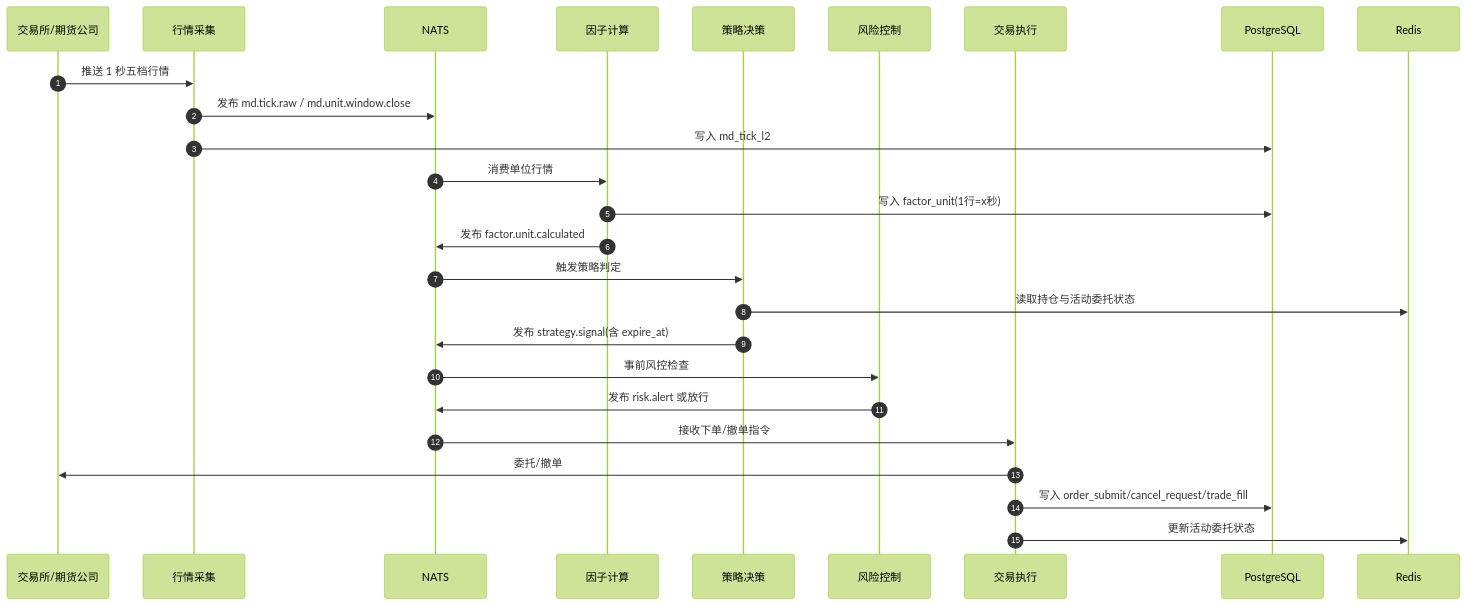
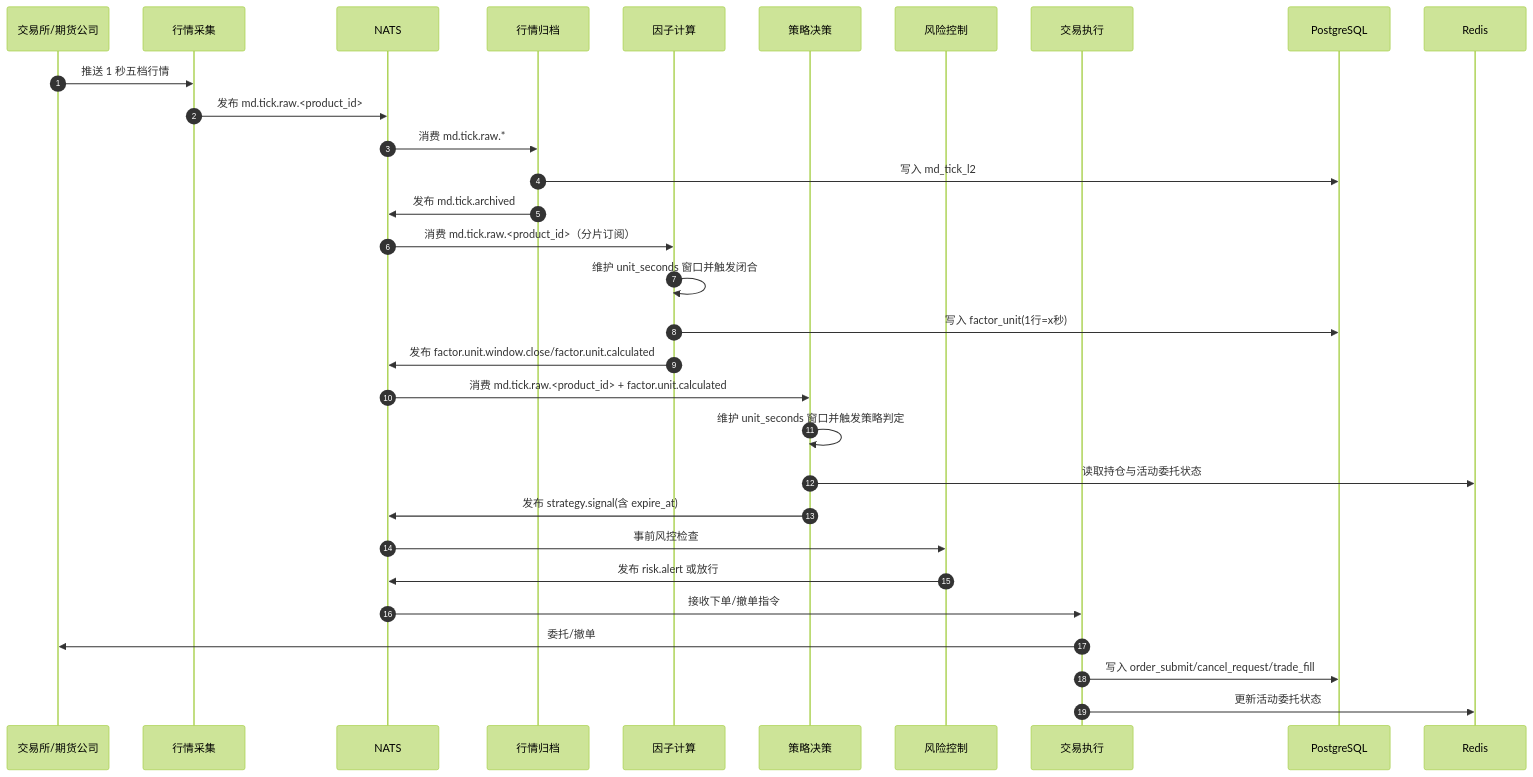
Before and after one commit to lancewliang/vnpy_hft: the second of 3 diagrams in docs/requirements/03_technical_architecture_diagram.md, drawn with Mermaid (forest theme). The commit also changed other lines of this file and 3 other files, not shown here.

````diff
--- a/docs/requirements/03_technical_architecture_diagram.md
+++ b/docs/requirements/03_technical_architecture_diagram.md
@@ -71,33 +73,38 @@
 ```mermaid
 sequenceDiagram
     autonumber
     participant EX as 交易所/期货公司
     participant MC as 行情采集
     participant MQ as NATS
+    participant MA as 行情归档
     participant FE as 因子计算
     participant SE as 策略决策
     participant RS as 风险控制
     participant OMS as 交易执行
     participant PG as PostgreSQL
     participant RD as Redis
 
     EX->>MC: 推送 1 秒五档行情
-    MC->>MQ: 发布 md.tick.raw / md.unit.window.close
-    MC->>PG: 写入 md_tick_l2
+    MC->>MQ: 发布 md.tick.raw.<product_id>
+    MQ->>MA: 消费 md.tick.raw.*
+    MA->>PG: 写入 md_tick_l2
+    MA->>MQ: 发布 md.tick.archived
 
-    MQ->>FE: 消费单位行情
+    MQ->>FE: 消费 md.tick.raw.<product_id>（分片订阅）
+    FE->>FE: 维护 unit_seconds 窗口并触发闭合
     FE->>PG: 写入 factor_unit(1行=x秒)
-    FE->>MQ: 发布 factor.unit.calculated
+    FE->>MQ: 发布 factor.unit.window.close/factor.unit.calculated
 
-    MQ->>SE: 触发策略判定
+    MQ->>SE: 消费 md.tick.raw.<product_id> + factor.unit.calculated
+    SE->>SE: 维护 unit_seconds 窗口并触发策略判定
     SE->>RD: 读取持仓与活动委托状态
     SE->>MQ: 发布 strategy.signal(含 expire_at)
 
     MQ->>RS: 事前风控检查
     RS->>MQ: 发布 risk.alert 或放行
 
     MQ->>OMS: 接收下单/撤单指令
     OMS->>EX: 委托/撤单
     OMS->>PG: 写入 order_submit/cancel_request/trade_fill
     OMS->>RD: 更新活动委托状态
 ```
````
